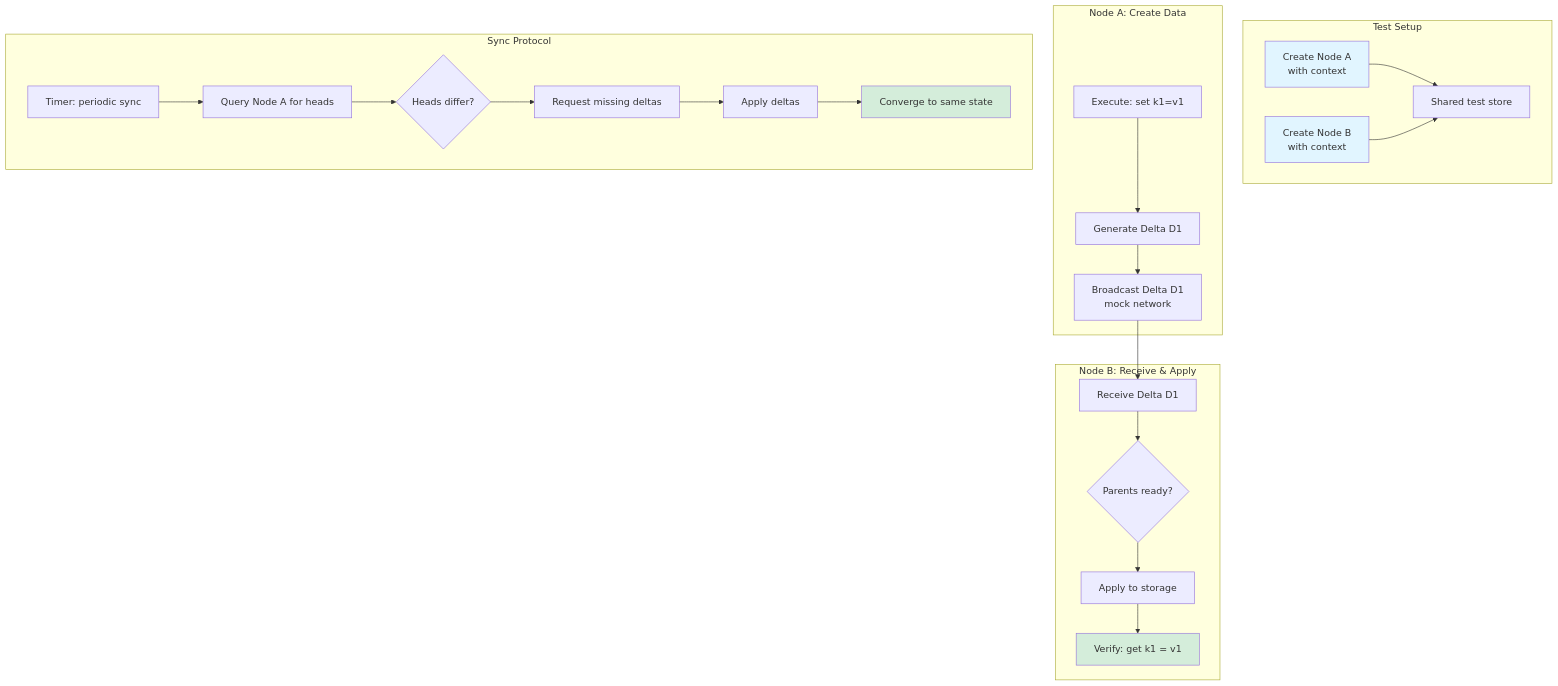
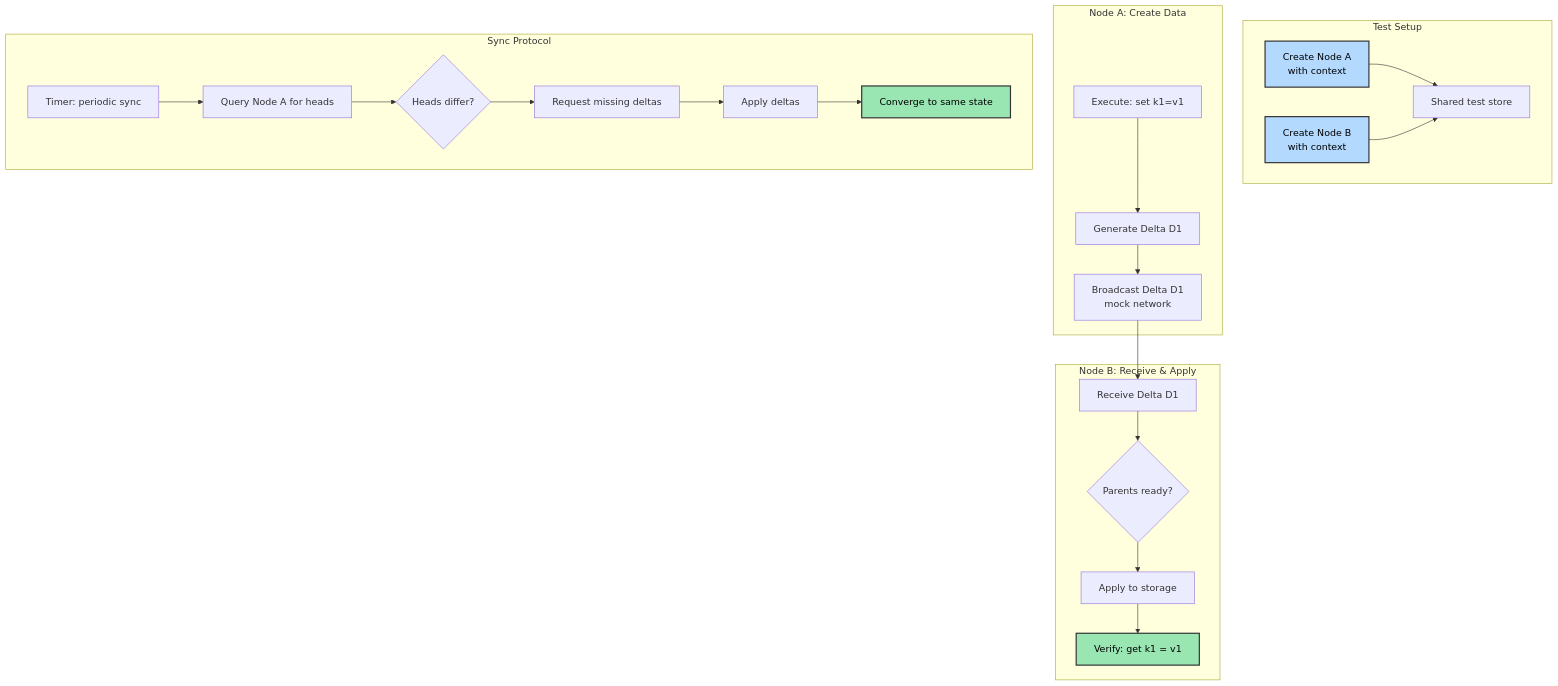
The fifth of 5 diagrams in crates/node/README.md (calimero-network/core), drawn with Mermaid before and after one commit. The commit also changed other lines of this file and 4 other files, not shown here.

First line of the commit message:
fix(docs): improve mermaid diagram accessibility and fix parsing errors

````diff
--- a/crates/node/README.md
+++ b/crates/node/README.md
@@ -465,43 +465,43 @@
 ```mermaid
 graph TB
     subgraph "Test Setup"
         N1[Create Node A<br/>with context]
         N2[Create Node B<br/>with context]
         
         N1 --> S[Shared test store]
         N2 --> S
     end
     
     subgraph "Node A: Create Data"
         E1[Execute: set k1=v1]
         D1[Generate Delta D1]
         B1[Broadcast Delta D1<br/>mock network]
         
         E1 --> D1 --> B1
     end
     
     subgraph "Node B: Receive & Apply"
         R1[Receive Delta D1]
         C1{Parents ready?}
         A1[Apply to storage]
         V1[Verify: get k1 = v1]
         
         B1 --> R1 --> C1 --> A1 --> V1
     end
     
     subgraph "Sync Protocol"
         T1[Timer: periodic sync]
         Q1[Query Node A for heads]
         C2{Heads differ?}
         S1[Request missing deltas]
         S2[Apply deltas]
         S3[Converge to same state]
         
         T1 --> Q1 --> C2 --> S1 --> S2 --> S3
     end
     
-    style N1 fill:#e1f5ff
-    style N2 fill:#e1f5ff
-    style V1 fill:#d4edda
-    style S3 fill:#d4edda
+    style N1 fill:#b3d9ff,stroke:#333,stroke-width:2px,color:#000
+    style N2 fill:#b3d9ff,stroke:#333,stroke-width:2px,color:#000
+    style V1 fill:#99e6b3,stroke:#333,stroke-width:2px,color:#000
+    style S3 fill:#99e6b3,stroke:#333,stroke-width:2px,color:#000
 ```
````
